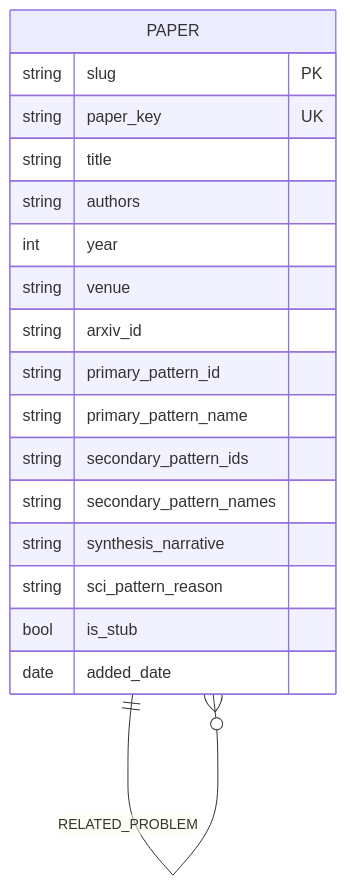
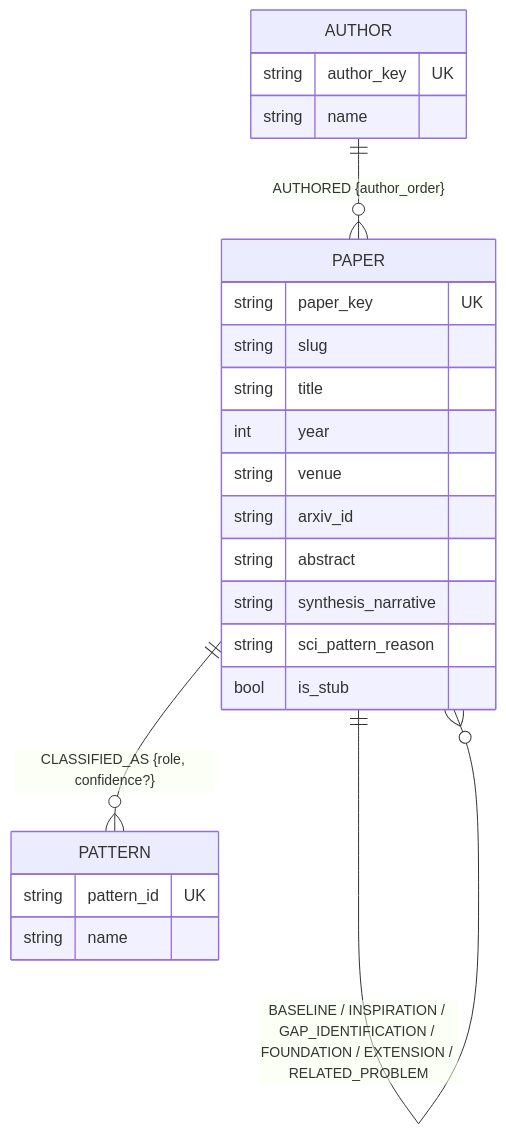
One commit to Szy5/ResearchWorkSpace changed the second of 3 diagrams in docs/Neo4j 科学发现图谱需求与技术方案.md. Above: the diagram before and after it, drawn with Mermaid. The commit also changed other lines of this file and 182 other files, not shown here.

````diff
--- a/docs/Neo4j 科学发现图谱需求与技术方案.md
+++ b/docs/Neo4j 科学发现图谱需求与技术方案.md
@@ -185,27 +166,27 @@
 ```mermaid
 erDiagram
     PAPER {
-        string slug PK
         string paper_key UK
+        string slug
         string title
-        string authors
         int year
         string venue
         string arxiv_id
-        string primary_pattern_id
-        string primary_pattern_name
-        string secondary_pattern_ids
-        string secondary_pattern_names
+        string abstract
         string synthesis_narrative
         string sci_pattern_reason
         bool is_stub
-        date added_date
+    }
+    AUTHOR {
+        string author_key UK
+        string name
+    }
+    PATTERN {
+        string pattern_id UK
+        string name
     }
 
-    PAPER ||--o{ PAPER : "BASELINE"
-    PAPER ||--o{ PAPER : "INSPIRATION"
-    PAPER ||--o{ PAPER : "GAP_IDENTIFICATION"
-    PAPER ||--o{ PAPER : "FOUNDATION"
-    PAPER ||--o{ PAPER : "EXTENSION"
-    PAPER ||--o{ PAPER : "RELATED_PROBLEM"
+    PAPER ||--o{ PAPER : "BASELINE / INSPIRATION / GAP_IDENTIFICATION / FOUNDATION / EXTENSION / RELATED_PROBLEM"
+    AUTHOR ||--o{ PAPER : "AUTHORED {author_order}"
+    PAPER ||--o{ PATTERN : "CLASSIFIED_AS {role, confidence?}"
 ```
````
